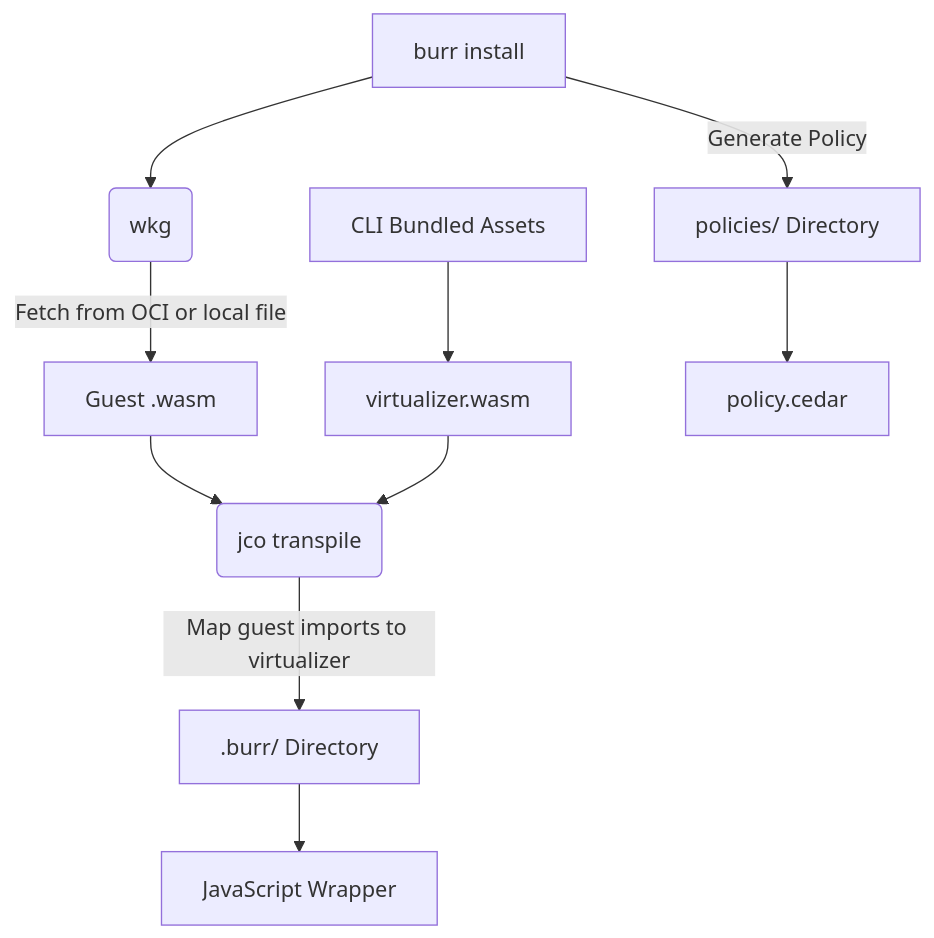
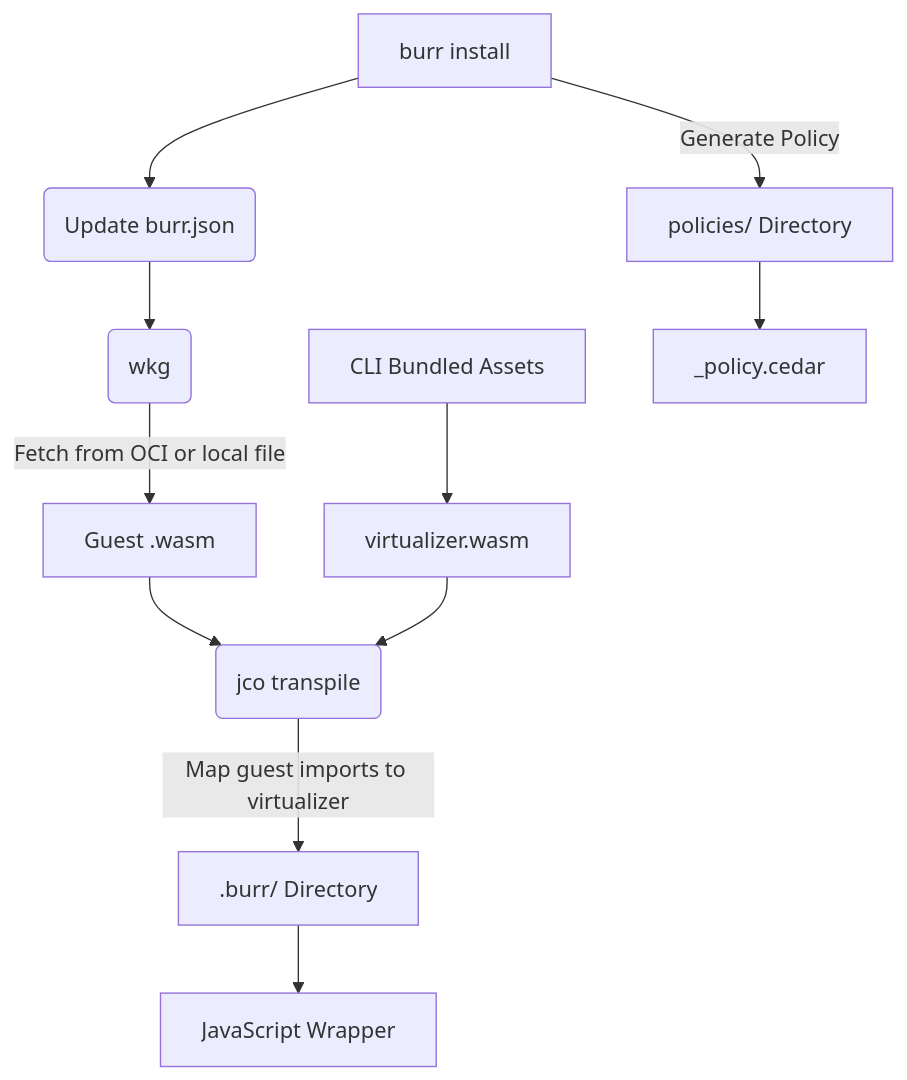
The first of 2 diagrams in ARCHITECTURE.md (guyco3/burr), drawn with Mermaid before and after one commit. The commit also changed other lines of this file and 1 other file, not shown here.

Commit message:
Feature/update docs
* docs: update install architecture in docs

* docs: explicitly mention policies directory in install flow

````diff
--- a/ARCHITECTURE.md
+++ b/ARCHITECTURE.md
@@ -14,12 +20,13 @@
 ```mermaid
 flowchart TD
-    A[burr install <package>] --> B(wkg)
-    B -->|Fetch from OCI or local file| C[Guest .wasm]
-    D[CLI Bundled Assets] --> E[virtualizer.wasm]
-    C --> F(jco transpile)
-    E --> F
-    F -->|Map guest imports to virtualizer| G[.burr/ Directory]
-    G --> H[JavaScript Wrapper]
+    A[burr install <package>] --> B(Update burr.json)
+    B --> C(wkg)
+    C -->|Fetch from OCI or local file| D[Guest .wasm]
+    E[CLI Bundled Assets] --> F[virtualizer.wasm]
+    D --> G(jco transpile)
+    F --> G
+    G -->|Map guest imports to virtualizer| H[.burr/ Directory]
+    H --> I[JavaScript Wrapper]
     A -->|Generate Policy| J[policies/ Directory]
-    J --> I[policy.cedar]
+    J --> K[<package>_policy.cedar]
 ```
````
